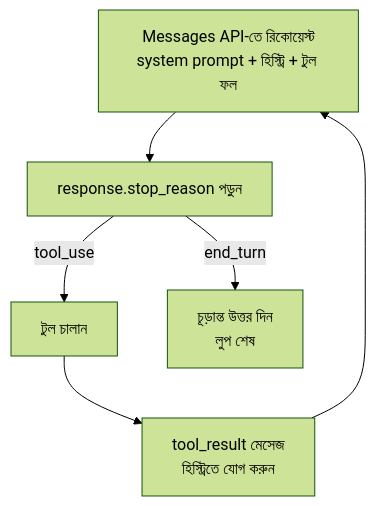
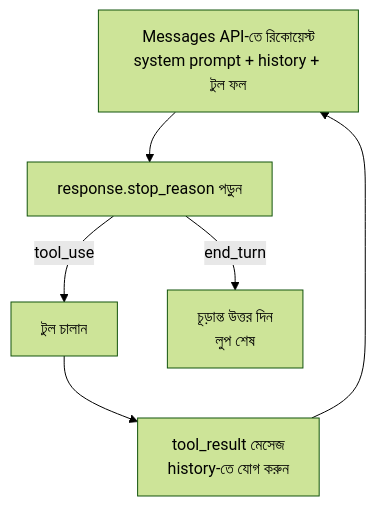
The diagram in src/content/docs/learn/1-agentic-architecture/1-1-agentic-loops.mdx (hasnat-shohag/CCAR-F), drawn with Mermaid (forest theme) before and after one commit. The commit also changed other lines of this file and 22 other files, not shown here.

````diff
--- a/src/content/docs/learn/1-agentic-architecture/1-1-agentic-loops.mdx
+++ b/src/content/docs/learn/1-agentic-architecture/1-1-agentic-loops.mdx
@@ -61,8 +61,8 @@
 ```mermaid
 flowchart TD
-  A["Messages API-তে রিকোয়েস্ট<br/>system prompt + হিস্ট্রি + টুল ফল"] --> B["response.stop_reason পড়ুন"]
+  A["Messages API-তে রিকোয়েস্ট<br/>system prompt + history + টুল ফল"] --> B["response.stop_reason পড়ুন"]
   B -->|tool_use| C["টুল চালান"]
-  C --> D["tool_result মেসেজ<br/>হিস্ট্রিতে যোগ করুন"]
+  C --> D["tool_result মেসেজ<br/>history-তে যোগ করুন"]
   D --> A
   B -->|end_turn| E["চূড়ান্ত উত্তর দিন<br/>লুপ শেষ"]
 ```
````
